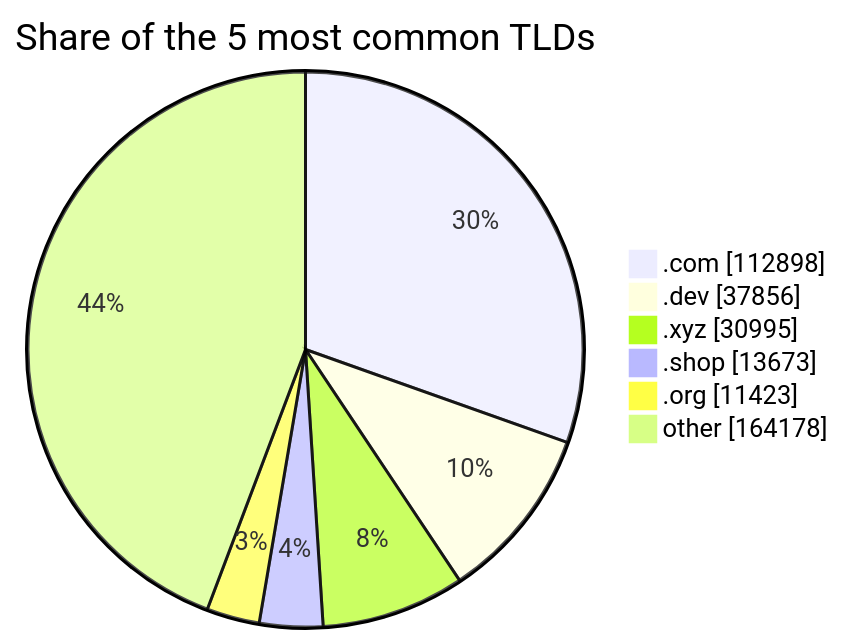
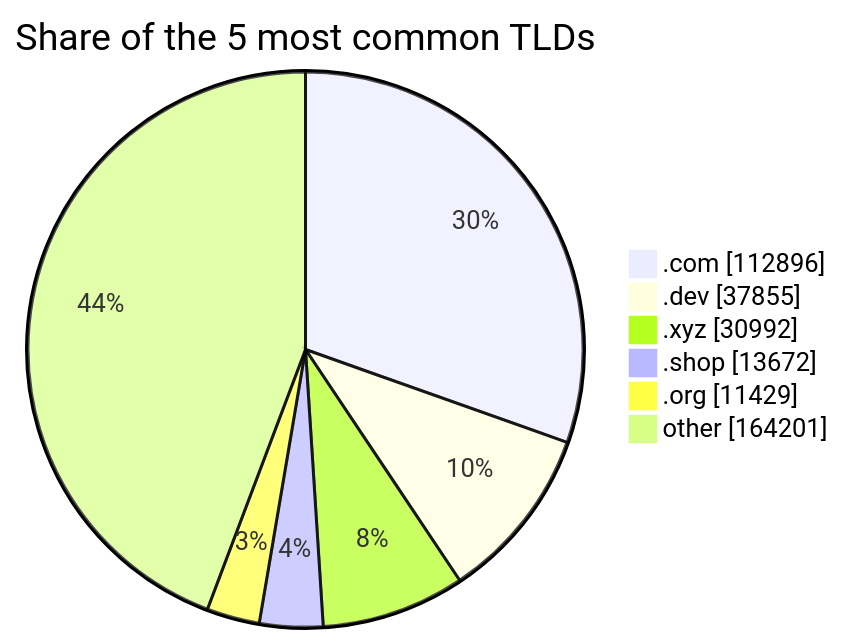
One commit to DNSBunker/CTI changed the third of 3 diagrams in README.md. Above: the diagram before and after it, drawn with Mermaid. The commit also changed other lines of this file and 3 other files, not shown here.

````diff
--- a/README.md
+++ b/README.md
@@ -81,9 +81,9 @@
 ```mermaid
 pie showData title Share of the 5 most common TLDs
-    ".com" : 112898
-    ".dev" : 37856
-    ".xyz" : 30995
-    ".shop" : 13673
-    ".org" : 11423
-    "other" : 164178
+    ".com" : 112896
+    ".dev" : 37855
+    ".xyz" : 30992
+    ".shop" : 13672
+    ".org" : 11429
+    "other" : 164201
 ```
````
